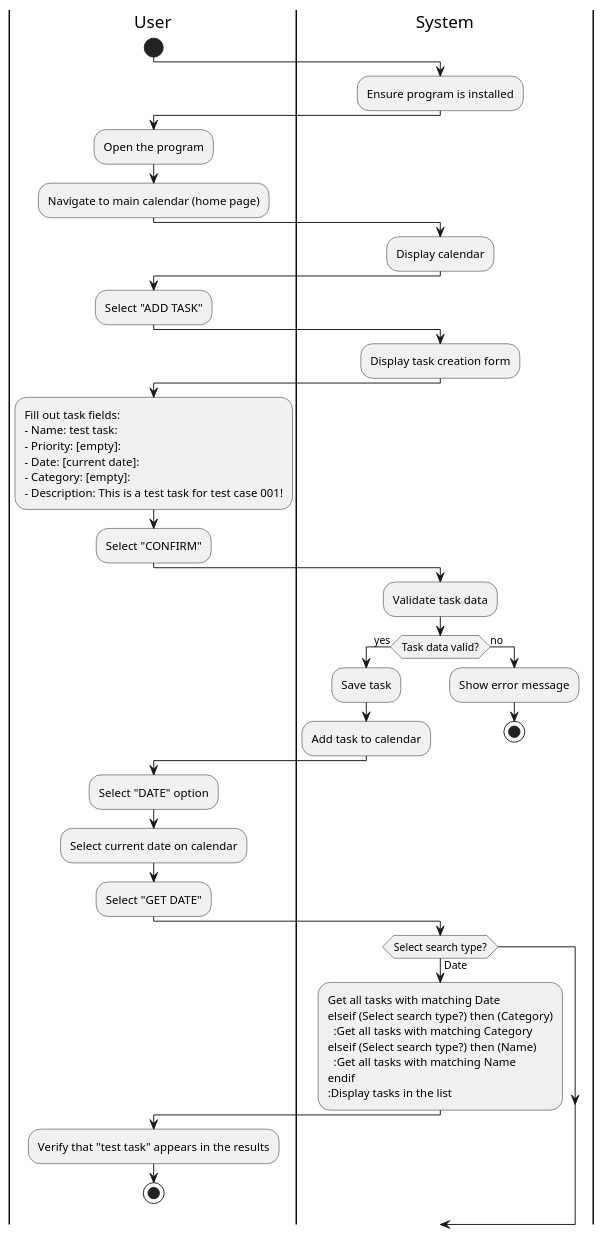
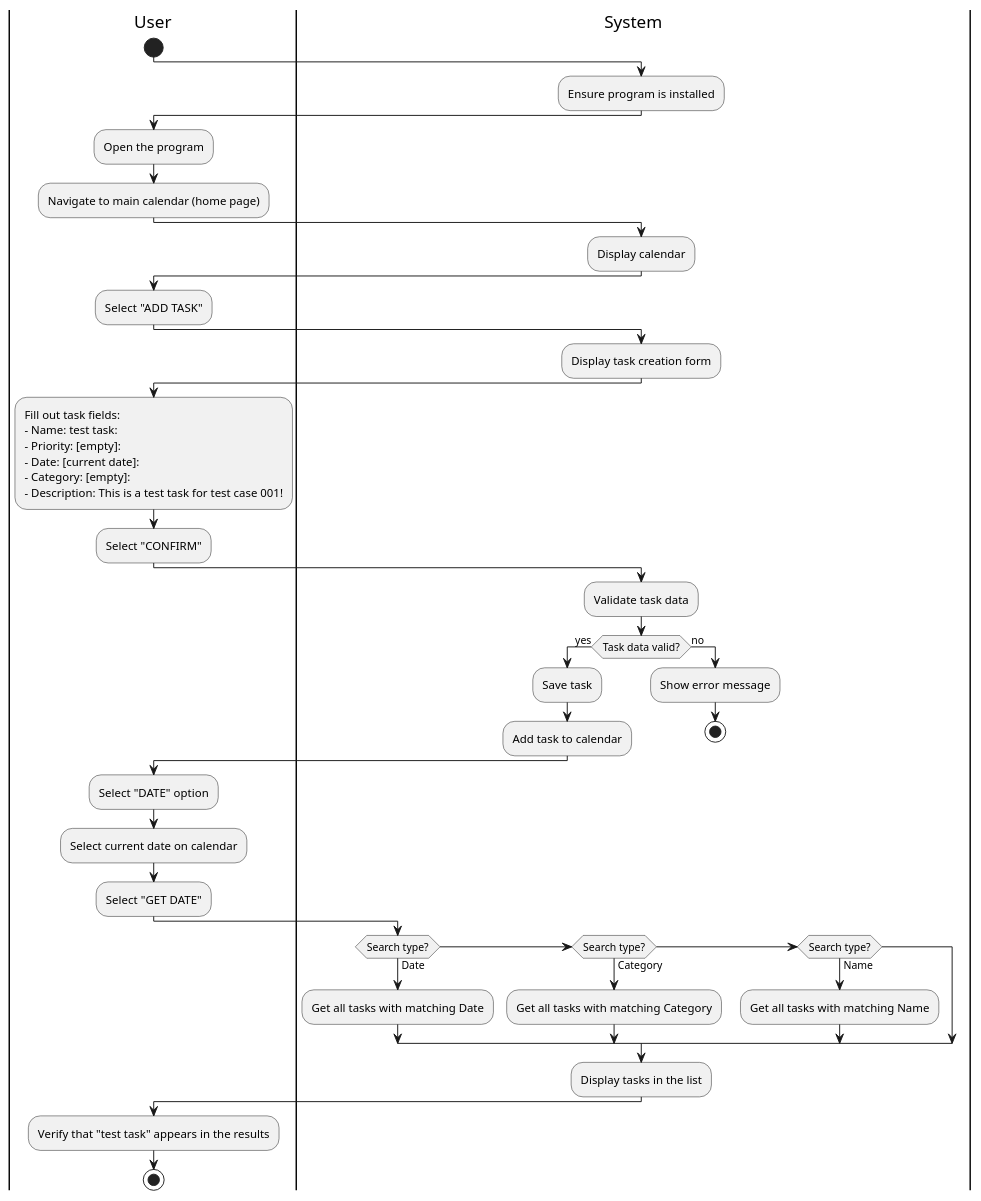
The diagram in assignment7/add_task.puml (CS361-2024Fall-Term/Innovators), drawn with PlantUML before and after one commit.

```diff
--- a/assignment7/add_task.puml
+++ b/assignment7/add_task.puml
@@ -1,61 +1,61 @@
 @startuml
 |User|
 start
 
 |System|
 :Ensure program is installed;
 
 |User|
 :Open the program;
 :Navigate to main calendar (home page);
 
 |System|
 :Display calendar;
 
 |User|
 :Select "ADD TASK";
 
 |System|
 :Display task creation form;
 
 |User|
 :Fill out task fields:
 - Name: test task:
 - Priority: [empty]:
 - Date: [current date]:
 - Category: [empty]:
 - Description: This is a test task for test case 001!;
 :Select "CONFIRM";
 
 |System|
 :Validate task data;
 
 |System|
 if (Task data valid?) then (yes)
   :Save task;
   :Add task to calendar;
 else (no)
   :Show error message;
   stop
 endif
 
 |User|
 :Select "DATE" option;
 :Select current date on calendar;
 :Select "GET DATE";
 
 |System|
-if (Select search type?) then (Date)
-  :Get all tasks with matching Date
-elseif (Select search type?) then (Category)
-  :Get all tasks with matching Category
-elseif (Select search type?) then (Name)
-  :Get all tasks with matching Name
+if (Search type?) then (Date)
+  :Get all tasks with matching Date;
+elseif (Search type?) then (Category)
+  :Get all tasks with matching Category;
+elseif (Search type?) then (Name)
+  :Get all tasks with matching Name;
 endif
 :Display tasks in the list;
 
 |User|
 :Verify that "test task" appears in the results;
 stop
 
 @enduml
```
